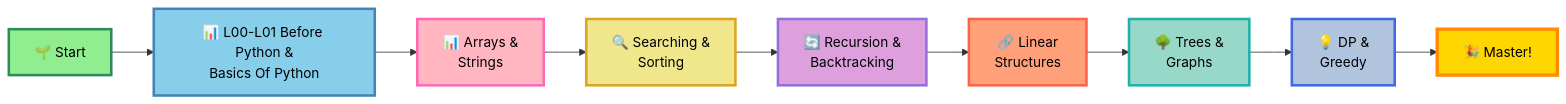
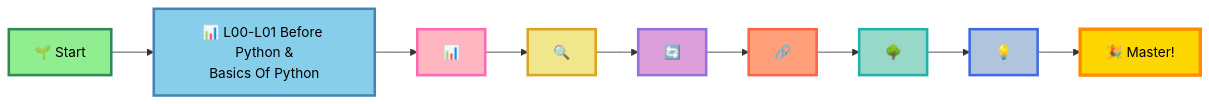
The diagram in readme.md (ranichandnirani/DSA-With-Python), drawn with Mermaid before and after one commit. The commit also changed other lines of this file, not shown here.

````diff
--- a/readme.md
+++ b/readme.md
@@ -56,21 +56,21 @@
 ```mermaid
 graph LR
     A[🌱 Start] --> B[📊 L00-L01 Before Python &<br/>Basics Of Python]
-    B --> C[📊 Arrays &<br/>Strings]
-    C --> D[🔍 Searching &<br/>Sorting]
-    D --> E[🔄 Recursion &<br/>Backtracking]
-    E --> F[🔗 Linear<br/>Structures]
-    F --> G[🌳 Trees &<br/>Graphs]
-    G --> H[💡 DP &<br/>Greedy]
+    B --> C[📊 ]
+    C --> D[🔍 ]
+    D --> E[🔄 ]
+    E --> F[🔗 ]
+    F --> G[🌳 ]
+    G --> H[💡 ]
     H --> I[🎉 Master!]
     
     style A fill:#90EE90,stroke:#2E8B57,stroke-width:3px,color:#000
     style B fill:#87CEEB,stroke:#4682B4,stroke-width:3px,color:#000
     style C fill:#FFB6C1,stroke:#FF69B4,stroke-width:3px,color:#000
     style D fill:#F0E68C,stroke:#DAA520,stroke-width:3px,color:#000
     style E fill:#DDA0DD,stroke:#9370DB,stroke-width:3px,color:#000
     style F fill:#FFA07A,stroke:#FF6347,stroke-width:3px,color:#000
     style G fill:#98D8C8,stroke:#20B2AA,stroke-width:3px,color:#000
     style H fill:#B0C4DE,stroke:#4169E1,stroke-width:3px,color:#000
     style I fill:#FFD700,stroke:#FF8C00,stroke-width:4px,color:#000
 ```
````
